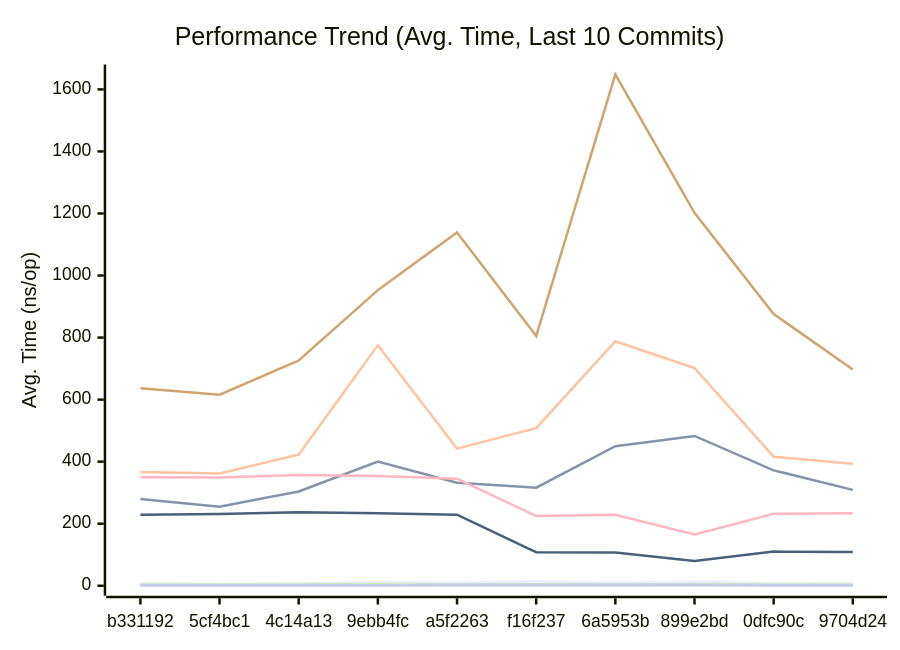
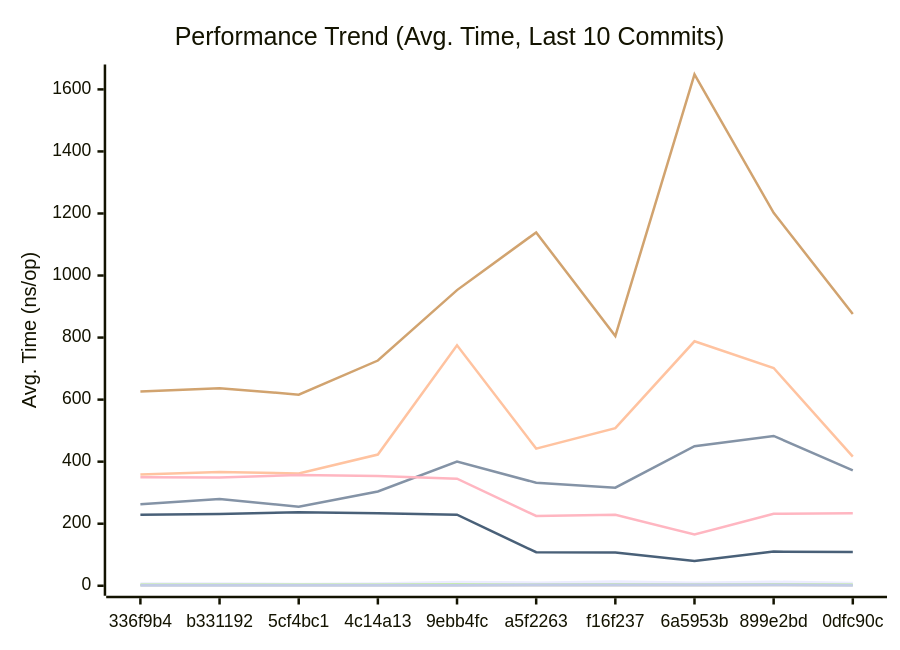
Before and after one commit to alsotoes/momo: the first of 3 diagrams in docs/PERFORMANCE.md, drawn with Mermaid. The commit also changed other lines of this file and 1 other file, not shown here.

````diff
--- a/docs/PERFORMANCE.md
+++ b/docs/PERFORMANCE.md
@@ -80,16 +80,16 @@
 ```mermaid
 xychart-beta
     title "Performance Trend (Avg. Time, Last 10 Commits)"
     x-axis "Commit"
     y-axis "Avg. Time (ns/op)"
-    x-axis [b331192,5cf4bc1,4c14a13,9ebb4fc,a5f2263,f16f237,6a5953b,899e2bd,0dfc90c,9704d24]
-    line "CheckMetricsAndSwap" [7,6,7,12,10,14,10,13,9,7]
-    line "CrushOptimized" [280,255,304,400,332,316,450,483,372,309]
-    line "CrushOriginal" [367,362,423,775,442,508,788,702,416,393]
-    line "IndexDirectTracking" [0,0,0,0,0,0,0,1,0,0]
-    line "IndexSearch" [3,3,3,4,3,4,3,4,3,3]
-    line "LoadGlobalConfig" [637,616,726,953,1139,805,1648,1202,876,697]
-    line "PadString" [2,2,2,2,3,3,3,3,2,2]
+    x-axis [336f9b4,b331192,5cf4bc1,4c14a13,9ebb4fc,a5f2263,f16f237,6a5953b,899e2bd,0dfc90c]
+    line "CheckMetricsAndSwap" [7,7,6,7,12,10,14,10,13,9]
+    line "CrushOptimized" [263,280,255,304,400,332,316,450,483,372]
+    line "CrushOriginal" [359,367,362,423,775,442,508,788,702,416]
+    line "IndexDirectTracking" [0,0,0,0,0,0,0,0,1,0]
+    line "IndexSearch" [3,3,3,3,4,3,4,3,4,3]
+    line "LoadGlobalConfig" [626,637,616,726,953,1139,805,1648,1202,876]
+    line "PadString" [2,2,2,2,2,3,3,3,3,2]
     line "ParseReplicationOrder_NoPrealloc" [350,349,357,354,345,225,229,165,232,234]
     line "ParseReplicationOrder_Prealloc" [229,231,237,234,229,108,107,80,110,109]
 ```
````
